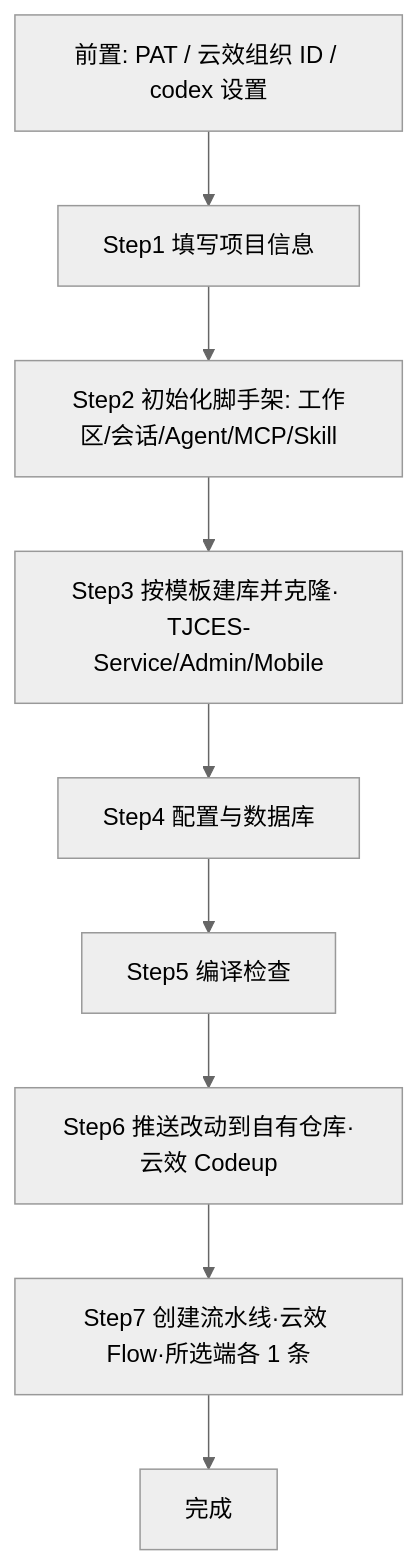
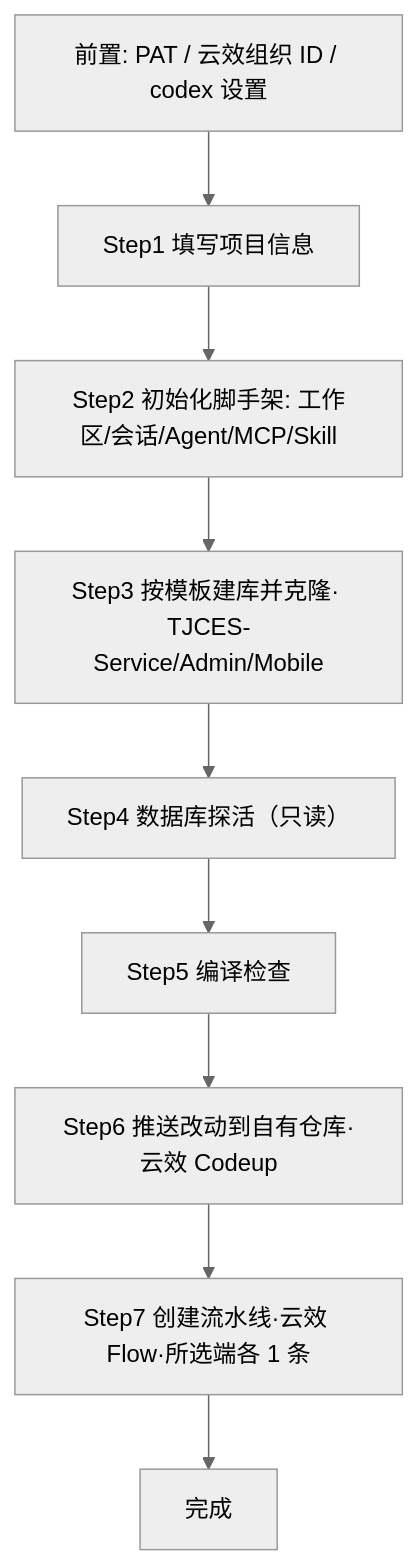
One commit to yswenli/luban-agent changed the first of 2 diagrams in docs/PRD-插件体系与新建项目插件.md. Above: the diagram before and after it, drawn with Mermaid (neutral theme). The commit also changed other lines of this file and 26 other files, not shown here.

````diff
--- a/docs/PRD-插件体系与新建项目插件.md
+++ b/docs/PRD-插件体系与新建项目插件.md
@@ -620,11 +627,11 @@
 ```mermaid
 flowchart TD
     P[前置: PAT / 云效组织 ID / codex 设置] --> A[Step1 填写项目信息]
     A --> B[Step2 初始化脚手架: 工作区/会话/Agent/MCP/Skill]
     B --> C[Step3 按模板建库并克隆· TJCES-Service/Admin/Mobile]
-    C --> D[Step4 配置与数据库]
+    C --> D[Step4 数据库探活（只读）]
     D --> E[Step5 编译检查]
     E --> F[Step6 推送改动到自有仓库·云效 Codeup]
     F --> G[Step7 创建流水线·云效 Flow·所选端各 1 条]
     G --> H[完成]
 ```
````
